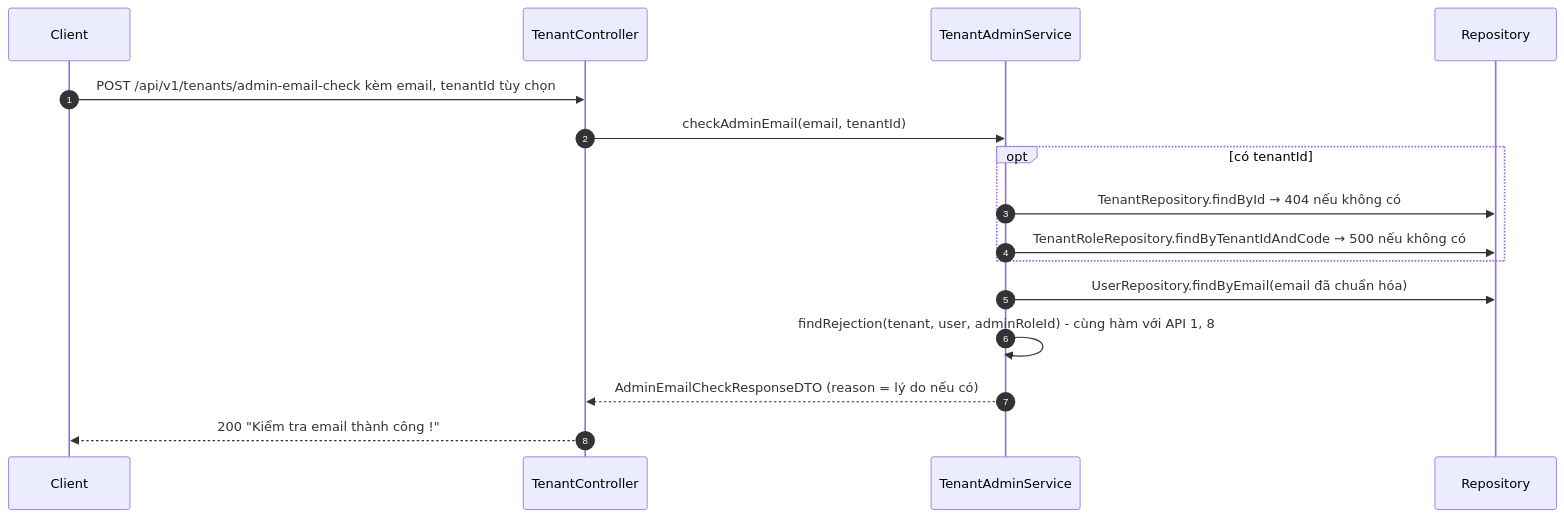
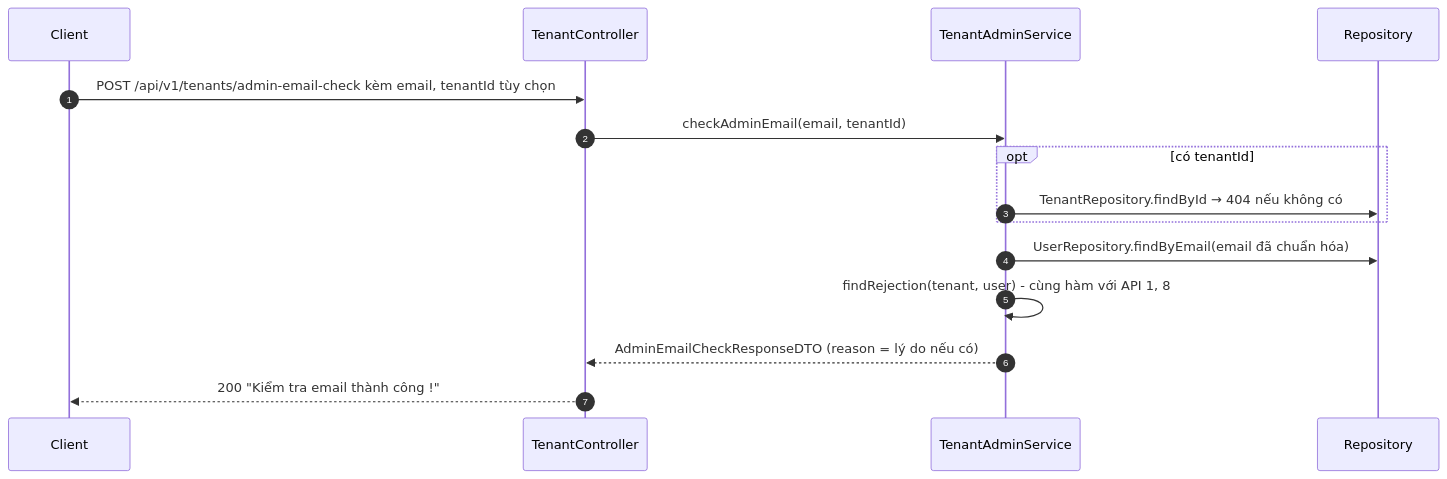
Diagram 11 of 11 in docs/plans/tenant/2026-10-19-tenant-api-spec.md (foodboi88/car-rental-saas), drawn with Mermaid before and after one commit. The commit also changed other lines of this file and 28 other files, not shown here.

````diff
--- a/docs/plans/tenant/2026-10-19-tenant-api-spec.md
+++ b/docs/plans/tenant/2026-10-19-tenant-api-spec.md
@@ -646,18 +651,17 @@
 ```mermaid
 sequenceDiagram
   autonumber
   participant C as Client
   participant K as TenantController
   participant A as TenantAdminService
   participant R as Repository
   C->>K: POST /api/v1/tenants/admin-email-check kèm email, tenantId tùy chọn
   K->>A: checkAdminEmail(email, tenantId)
   opt có tenantId
     A->>R: TenantRepository.findById → 404 nếu không có
-    A->>R: TenantRoleRepository.findByTenantIdAndCode → 500 nếu không có
   end
   A->>R: UserRepository.findByEmail(email đã chuẩn hóa)
-  A->>A: findRejection(tenant, user, adminRoleId) - cùng hàm với API 1, 8
+  A->>A: findRejection(tenant, user) - cùng hàm với API 1, 8
   A-->>K: AdminEmailCheckResponseDTO (reason = lý do nếu có)
   K-->>C: 200 "Kiểm tra email thành công !"
 ```
````
